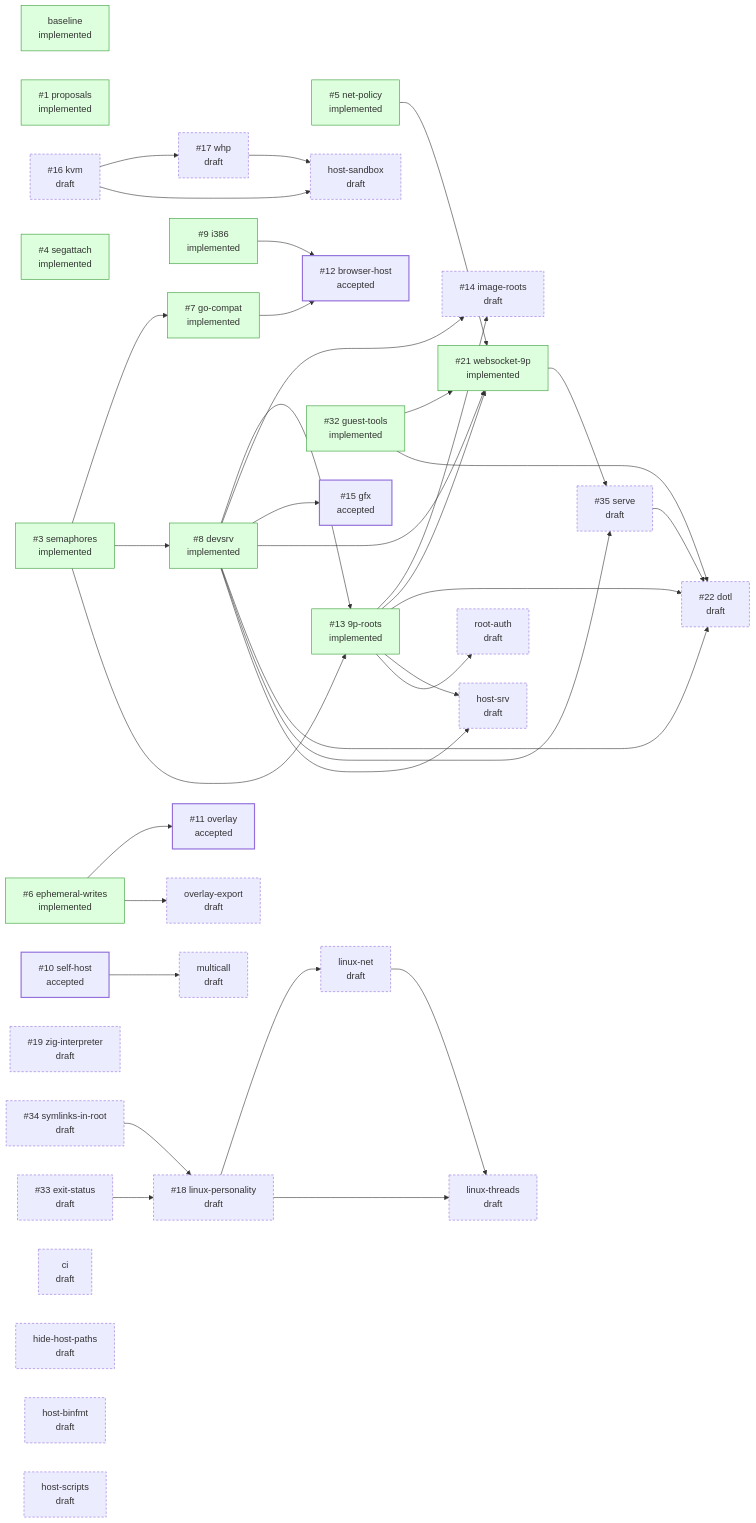
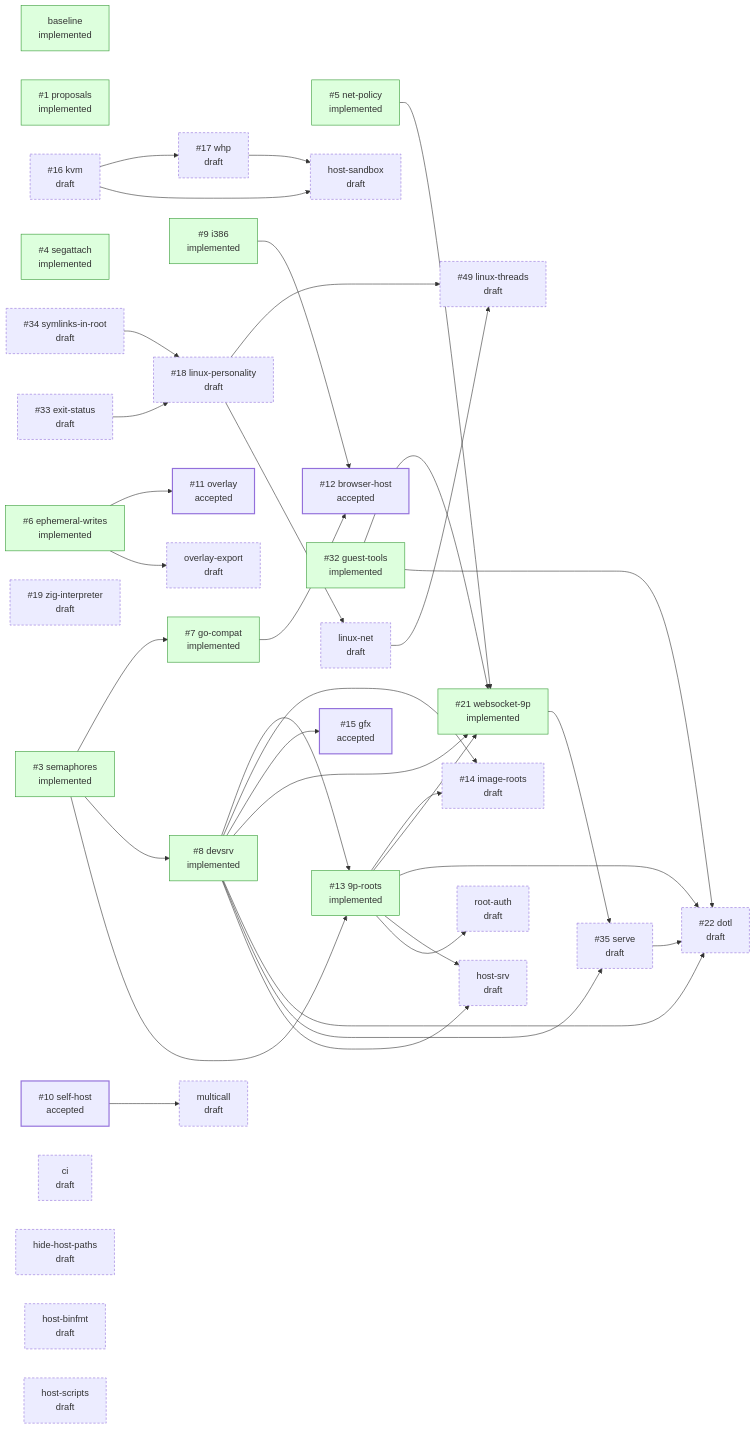
The diagram in README.md (progrium/hyper9), drawn with Mermaid before and after one commit. The commit also changed other lines of this file and 3 other files, not shown here.

Commit message:
design: file linux-threads as #49

````diff
--- a/README.md
+++ b/README.md
@@ -54,76 +54,76 @@
 ```mermaid
 flowchart LR
   classDef draft stroke-dasharray: 4 3
   classDef accepted stroke-width: 2px
   classDef implemented fill:#dfd,stroke:#393
   classDef closed fill:#eee,stroke:#999,color:#777
   p_baseline["baseline<br/>implemented"]:::implemented
   p_proposals["#35;1 proposals<br/>implemented"]:::implemented
   p_semaphores["#35;3 semaphores<br/>implemented"]:::implemented
   p_segattach["#35;4 segattach<br/>implemented"]:::implemented
   p_net_policy["#35;5 net-policy<br/>implemented"]:::implemented
   p_ephemeral_writes["#35;6 ephemeral-writes<br/>implemented"]:::implemented
   p_go_compat["#35;7 go-compat<br/>implemented"]:::implemented
   p_devsrv["#35;8 devsrv<br/>implemented"]:::implemented
   p_i386["#35;9 i386<br/>implemented"]:::implemented
   p_self_host["#35;10 self-host<br/>accepted"]:::accepted
   p_overlay["#35;11 overlay<br/>accepted"]:::accepted
   p_browser_host["#35;12 browser-host<br/>accepted"]:::accepted
   p_9p_roots["#35;13 9p-roots<br/>implemented"]:::implemented
   p_image_roots["#35;14 image-roots<br/>draft"]:::draft
   p_gfx["#35;15 gfx<br/>accepted"]:::accepted
   p_kvm["#35;16 kvm<br/>draft"]:::draft
   p_whp["#35;17 whp<br/>draft"]:::draft
   p_linux_personality["#35;18 linux-personality<br/>draft"]:::draft
   p_zig_interpreter["#35;19 zig-interpreter<br/>draft"]:::draft
   p_websocket_9p["#35;21 websocket-9p<br/>implemented"]:::implemented
   p_dotl["#35;22 dotl<br/>draft"]:::draft
   p_guest_tools["#35;32 guest-tools<br/>implemented"]:::implemented
   p_exit_status["#35;33 exit-status<br/>draft"]:::draft
   p_symlinks_in_root["#35;34 symlinks-in-root<br/>draft"]:::draft
   p_serve["#35;35 serve<br/>draft"]:::draft
+  p_linux_threads["#35;49 linux-threads<br/>draft"]:::draft
   p_ci["ci<br/>draft"]:::draft
   p_hide_host_paths["hide-host-paths<br/>draft"]:::draft
   p_host_binfmt["host-binfmt<br/>draft"]:::draft
   p_host_sandbox["host-sandbox<br/>draft"]:::draft
   p_host_scripts["host-scripts<br/>draft"]:::draft
   p_host_srv["host-srv<br/>draft"]:::draft
   p_linux_net["linux-net<br/>draft"]:::draft
-  p_linux_threads["linux-threads<br/>draft"]:::draft
   p_multicall["multicall<br/>draft"]:::draft
   p_overlay_export["overlay-export<br/>draft"]:::draft
   p_root_auth["root-auth<br/>draft"]:::draft
   p_semaphores --> p_go_compat
   p_semaphores --> p_devsrv
   p_ephemeral_writes --> p_overlay
   p_go_compat --> p_browser_host
   p_i386 --> p_browser_host
   p_semaphores --> p_9p_roots
   p_devsrv --> p_9p_roots
   p_devsrv --> p_image_roots
   p_9p_roots --> p_image_roots
   p_devsrv --> p_gfx
   p_kvm --> p_whp
   p_symlinks_in_root --> p_linux_personality
   p_exit_status --> p_linux_personality
   p_net_policy --> p_websocket_9p
   p_devsrv --> p_websocket_9p
   p_9p_roots --> p_websocket_9p
   p_guest_tools --> p_websocket_9p
   p_devsrv --> p_dotl
   p_9p_roots --> p_dotl
   p_serve --> p_dotl
   p_guest_tools --> p_dotl
   p_devsrv --> p_serve
   p_websocket_9p --> p_serve
+  p_linux_personality --> p_linux_threads
+  p_linux_net --> p_linux_threads
   p_kvm --> p_host_sandbox
   p_whp --> p_host_sandbox
   p_devsrv --> p_host_srv
   p_9p_roots --> p_host_srv
   p_linux_personality --> p_linux_net
-  p_linux_personality --> p_linux_threads
-  p_linux_net --> p_linux_threads
   p_self_host --> p_multicall
   p_ephemeral_writes --> p_overlay_export
   p_9p_roots --> p_root_auth
 ```
````
